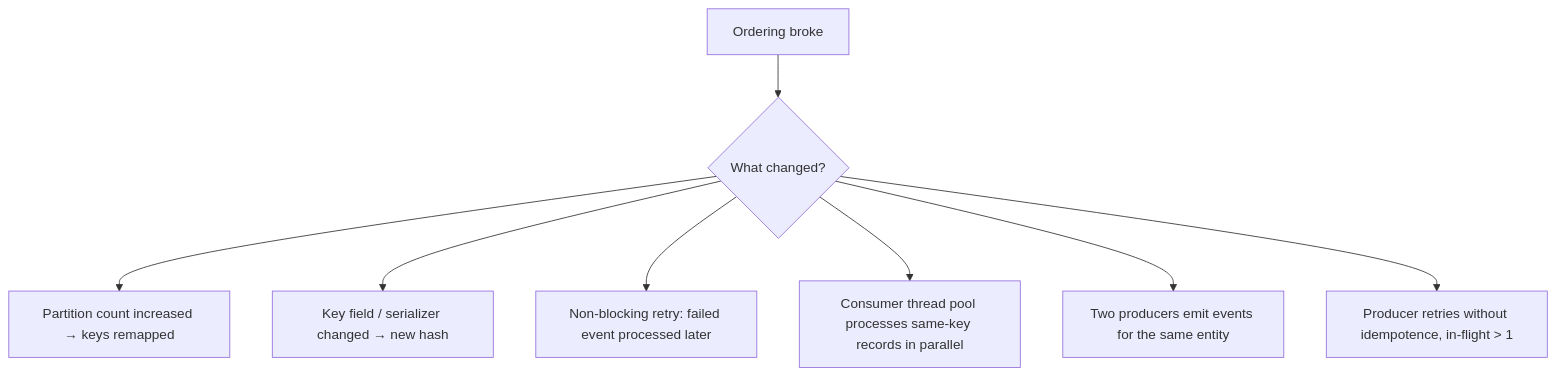
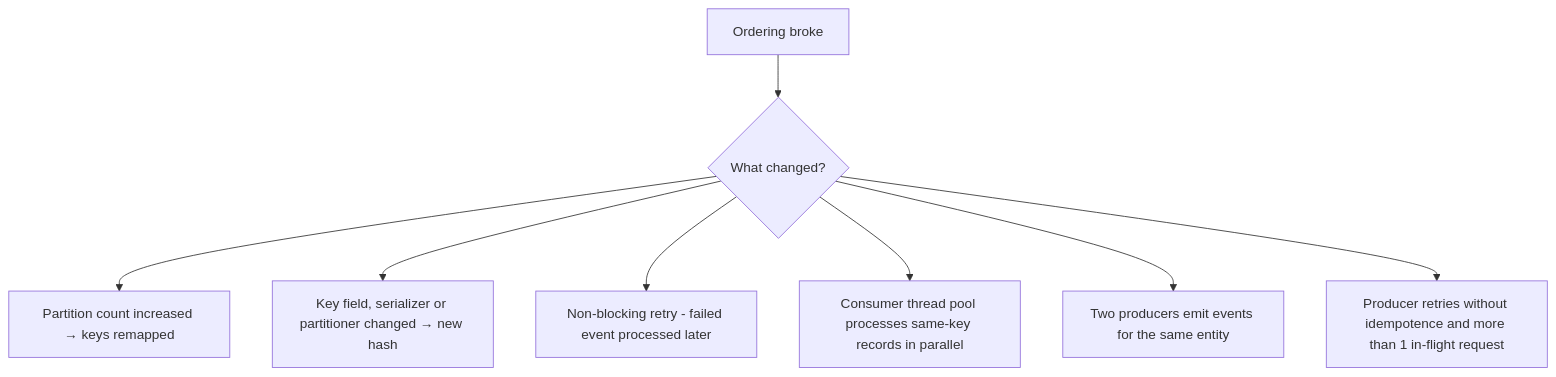
Before and after one commit to vishalhulawale/knowledge-base: the second of 2 diagrams in docs/kafka/06-ordering-guarantees-and-partition-key-design.md, drawn with Mermaid. The commit also changed other lines of this file and 4 other files, not shown here.

````diff
--- a/docs/kafka/06-ordering-guarantees-and-partition-key-design.md
+++ b/docs/kafka/06-ordering-guarantees-and-partition-key-design.md
@@ -59,10 +59,10 @@
 ```mermaid
 flowchart TD
     A[Ordering broke] --> B{What changed?}
-    B --> C[Partition count increased → keys remapped]
-    B --> D[Key field / serializer changed → new hash]
-    B --> E[Non-blocking retry: failed event processed later]
-    B --> F[Consumer thread pool processes same-key records in parallel]
-    B --> G[Two producers emit events for the same entity]
-    B --> H[Producer retries without idempotence, in-flight > 1]
+    B --> C["Partition count increased → keys remapped"]
+    B --> D["Key field, serializer or partitioner changed → new hash"]
+    B --> E["Non-blocking retry - failed event processed later"]
+    B --> F["Consumer thread pool processes same-key records in parallel"]
+    B --> G["Two producers emit events for the same entity"]
+    B --> H["Producer retries without idempotence and more than 1 in-flight request"]
 ```
````
